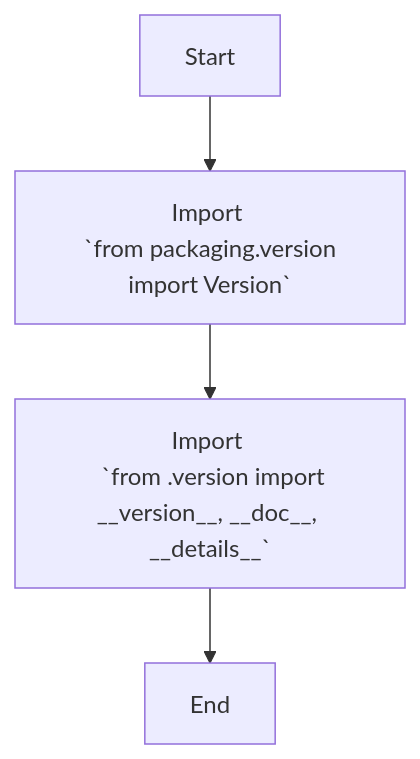
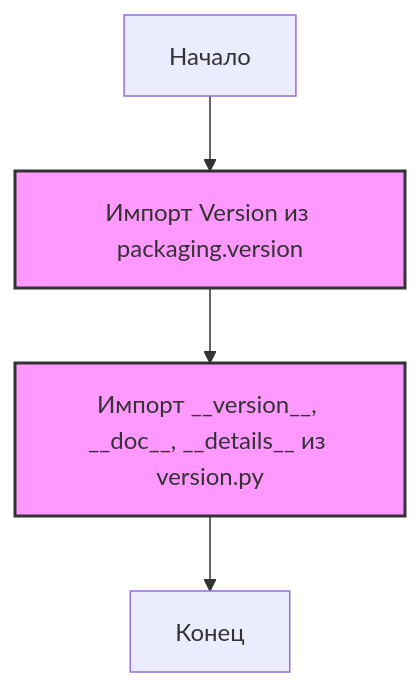
The diagram in docs/gemini/ru/explainer/src/webdriver/chrome/extentions/__init__.py.md (hypo69/hypo), drawn with Mermaid before and after one commit. The commit also changed other lines of this file and 1505 other files, not shown here.

````diff
--- a/docs/gemini/ru/explainer/src/webdriver/chrome/extentions/__init__.py.md
+++ b/docs/gemini/ru/explainer/src/webdriver/chrome/extentions/__init__.py.md
@@ -14,6 +16,9 @@
 ```mermaid
 flowchart TD
-    Start --> ImportVersion[Import <br> `from packaging.version import Version`]
-    ImportVersion --> ImportVersionInfo[Import <br>  `from .version import __version__, __doc__, __details__`]
-    ImportVersionInfo --> End
+    Start[Начало] --> ImportVersion[Импорт Version из packaging.version]
+    ImportVersion --> ImportVersionData[Импорт __version__, __doc__, __details__ из version.py]
+    ImportVersionData --> End[Конец]
+
+    classDef package fill:#f9f,stroke:#333,stroke-width:2px
+    class ImportVersion,ImportVersionData package
 ```
````
